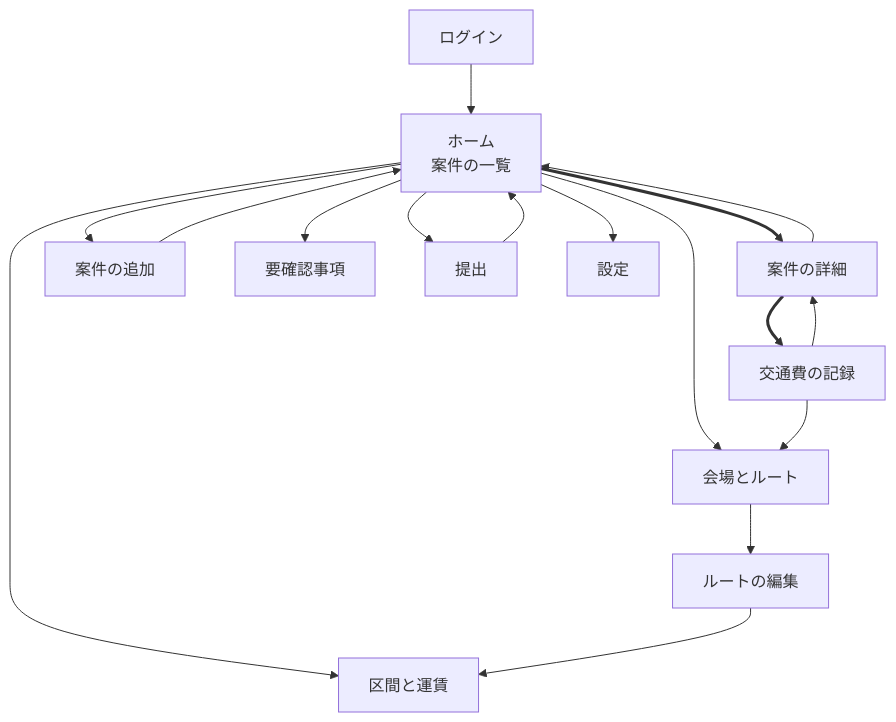
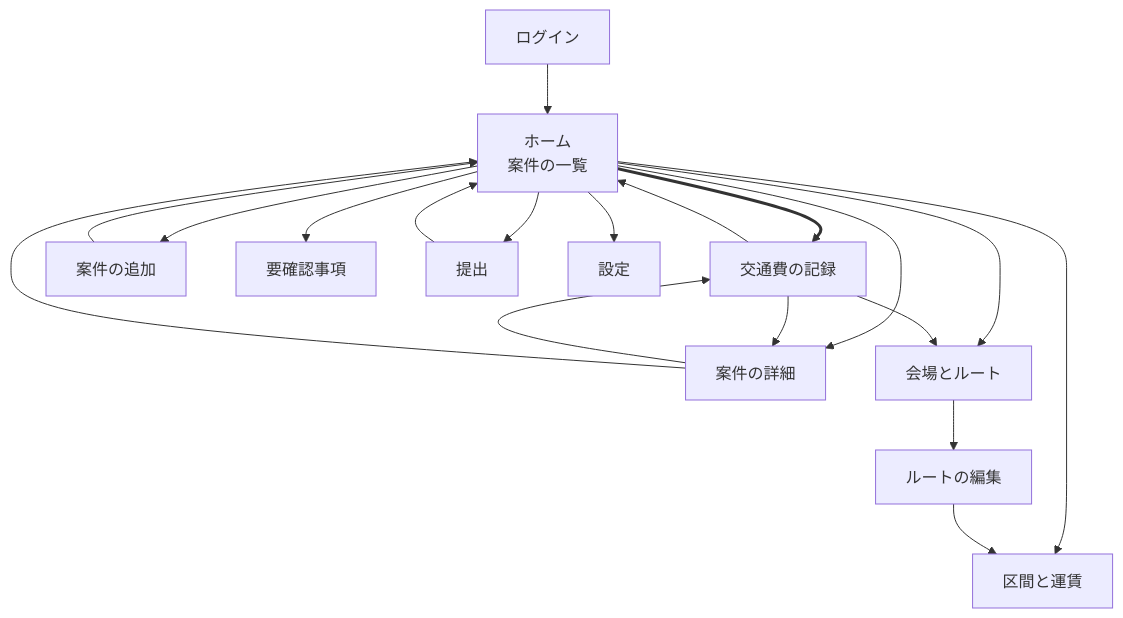
Before and after one commit to tk-media-code/expense-claim: the diagram in docs/design/screens.md, drawn with Mermaid. The commit also changed other lines of this file and 4 other files, not shown here.

````diff
--- a/docs/design/screens.md
+++ b/docs/design/screens.md
@@ -22,29 +22,30 @@
 ```mermaid
 flowchart TD
     login["ログイン"] --> home
 
     home["ホーム<br/>案件の一覧"]
 
+    home --> record["交通費の記録"]
     home --> detail["案件の詳細"]
     home --> add["案件の追加"]
     home --> attention["要確認事項"]
     home --> submit["提出"]
     home --> venues["会場とルート"]
     home --> segments["区間と運賃"]
     home --> settings["設定"]
 
-    detail --> record["交通費の記録"]
+    detail --> record
     detail --> home
 
     venues --> routeEdit["ルートの編集"]
     routeEdit --> segments
 
+    record --> home
     record --> detail
     record --> venues
 
     submit --> home
     add --> home
 
     linkStyle 1 stroke-width:3px
-    linkStyle 8 stroke-width:3px
 ```
````
